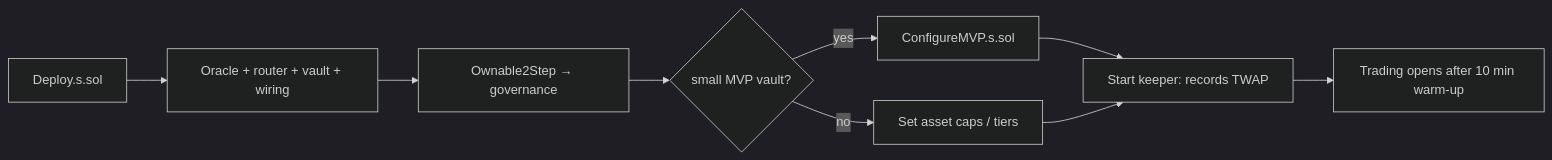
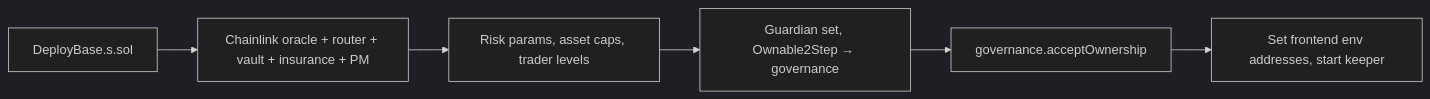
The third of 3 diagrams in DEVELOPMENT.md (Niraj-Kamdar/decentralised-prop-trading), drawn with Mermaid (dark theme) before and after one commit. The commit also changed other lines of this file and 4 other files, not shown here.

First line of the commit message:
docs: describe the Base deployment, Chainlink oracle and trader levels

````diff
--- a/DEVELOPMENT.md
+++ b/DEVELOPMENT.md
@@ -117,11 +120,8 @@
 ```mermaid
 flowchart LR
-    A[Deploy.s.sol] --> B[Oracle + router + vault + wiring]
-    B --> C[Ownable2Step → governance]
-    C --> D{small MVP vault?}
-    D -- yes --> E[ConfigureMVP.s.sol]
-    D -- no --> F[Set asset caps / tiers]
-    E --> G[Start keeper: records TWAP]
-    F --> G
-    G --> H[Trading opens after 10 min warm-up]
+    A[DeployBase.s.sol] --> B[Chainlink oracle + router + vault + insurance + PM]
+    B --> C[Risk params, asset caps, trader levels]
+    C --> D[Guardian set, Ownable2Step → governance]
+    D --> E[governance.acceptOwnership]
+    E --> F[Set frontend env addresses, start keeper]
 ```
````
